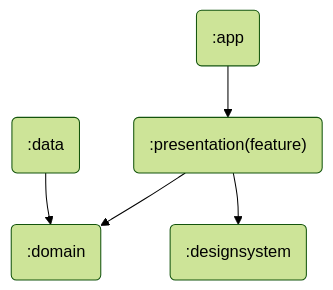
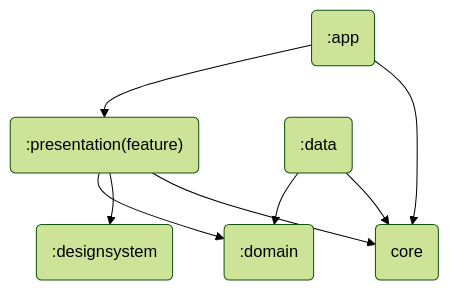
Before and after one commit to Turnin-Dev/turnin-android: the first of 2 diagrams in README.md, drawn with Mermaid (forest theme). The commit also changed other lines of this file, not shown here.

````diff
--- a/README.md
+++ b/README.md
@@ -77,7 +82,10 @@
 ```mermaid
 flowchart TD
     ap(:app) --> pr(":presentation(feature)")
     pr --> do(:domain)
     da(:data) --> do
     pr --> de(:designsystem)
+    ap --> co(core)
+    pr --> co
+    da --> co
 ```
````
